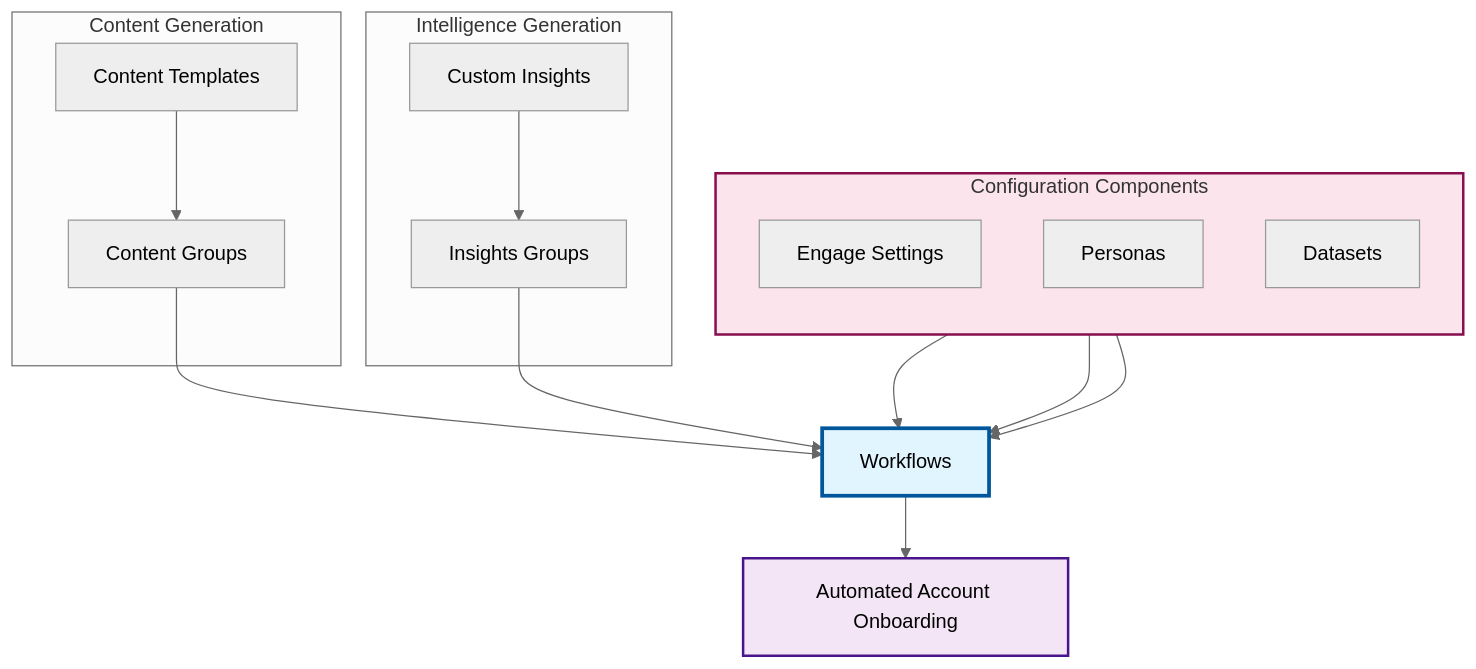
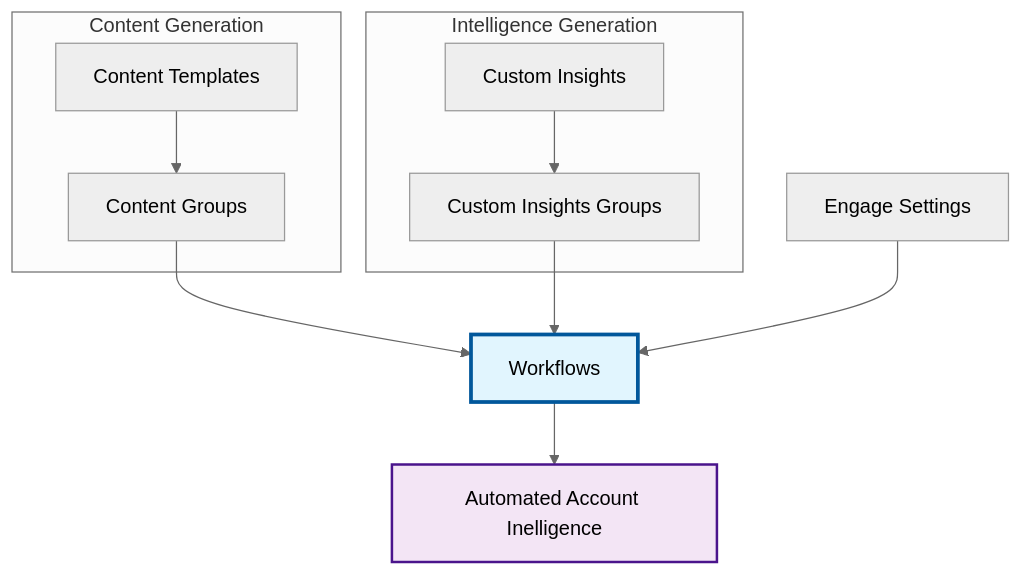
The diagram in settings/workflows.mdx (edmoorepgai/docs), drawn with Mermaid (neutral theme) before and after one commit.

Commit message:
Documentation edits made through Mintlify web editor

````diff
--- a/settings/workflows.mdx
+++ b/settings/workflows.mdx
@@ -24,35 +24,35 @@
 ```mermaid
 ---
 config:
   flowchart:
     htmlLabels: false
   layout: dagre
 ---
 flowchart TD
- subgraph Content["Content Generation"]
+    W["Workflows"]
+    AA["Automated Account Inelligence"]
+    
+    W --> AA
+    
+    subgraph Content["Content Generation"]
         CT["Content Templates"]
         CG["Content Groups"]
-  end
- subgraph Intelligence["Intelligence Generation"]
+    end
+    
+    subgraph Intelligence["Intelligence Generation"]
         CI["Custom Insights"]
-        IG["Insights Groups"]
-  end
- subgraph Config["Configuration Components"]
-    direction TB
-        ES["Engage Settings"]
-        P["Personas"]
-        D["Datasets"]
-  end
+        IG["Custom Insights Groups"]
+    end
+    
+    ES["Engage Settings"]
+    
     CT --> CG
     CI --> IG
-    CG --> W["Workflows"]
+    
+    CG --> W
     IG --> W
     ES --> W
-    P --> W
-    D --> W
-    W --> AA["Automated Account Onboarding"]
-    classDef pad fill:transparent,stroke:transparent
+    
     style W fill:#e1f5fe,stroke:#01579b,stroke-width:3px
     style AA fill:#f3e5f5,stroke:#4a148c,stroke-width:2px
-    style Config fill:#fce4ec,stroke:#880e4f,stroke-width:2px
 ```
````
